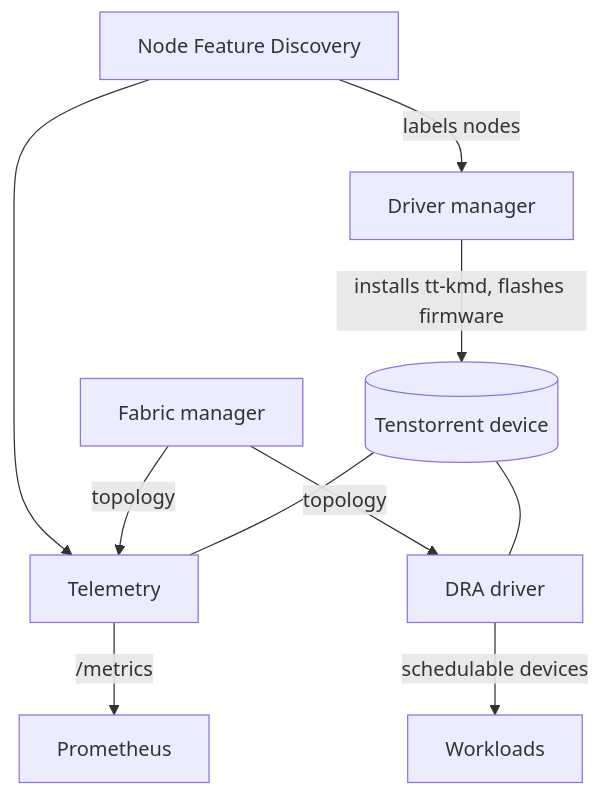
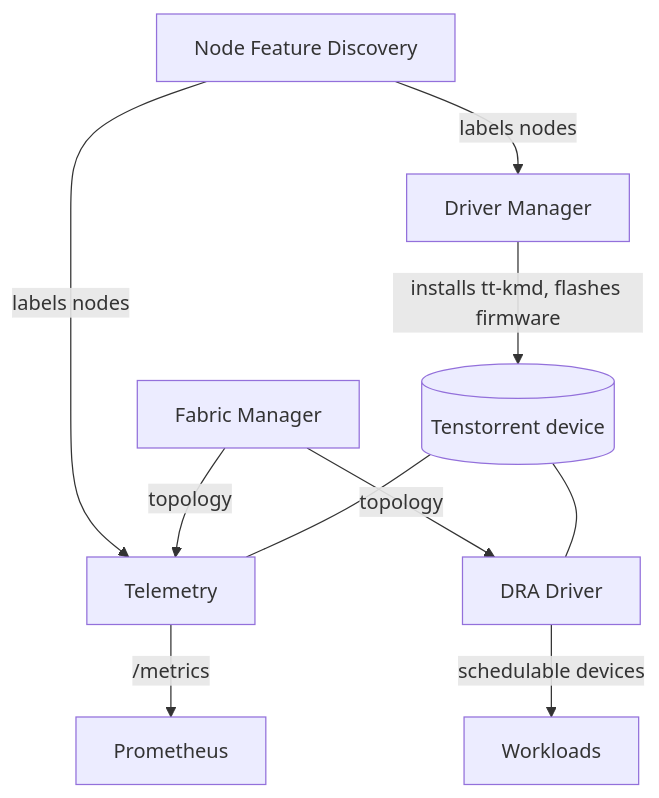
The diagram in docs/overview.md (tenstorrent/tt-operator), drawn with Mermaid before and after one commit. The commit also changed other lines of this file and 15 other files, not shown here.

````diff
--- a/docs/overview.md
+++ b/docs/overview.md
@@ -24,12 +24,12 @@
 ```{mermaid}
 flowchart TD
-    NFD[Node Feature Discovery] -->|labels nodes| DM[Driver manager]
-    NFD --> TEL[Telemetry]
+    NFD[Node Feature Discovery] -->|labels nodes| DM[Driver Manager]
+    NFD -->|labels nodes| TEL[Telemetry]
     DM -->|installs tt-kmd, flashes firmware| DEV[(Tenstorrent device)]
     TEL -->|/metrics| PROM[Prometheus]
-    FM[Fabric manager] -->|topology| DRA[DRA driver]
+    FM[Fabric Manager] -->|topology| DRA[DRA Driver]
     FM -->|topology| TEL
     DRA -->|schedulable devices| WL[Workloads]
     DEV --- TEL
     DEV --- DRA
 ```
````
